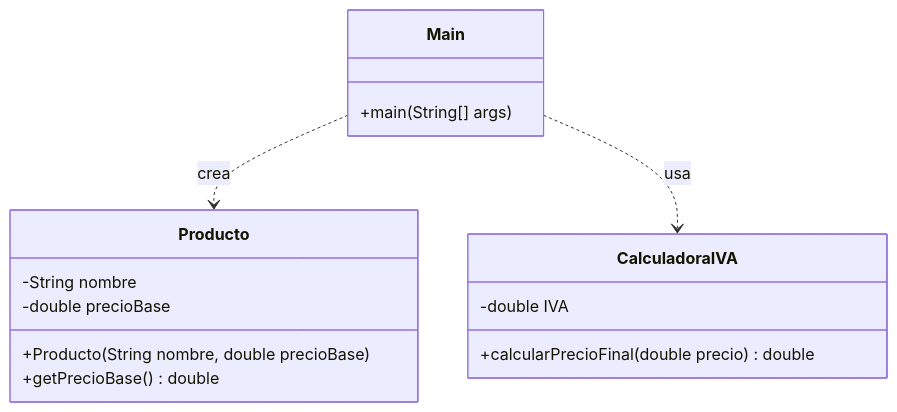
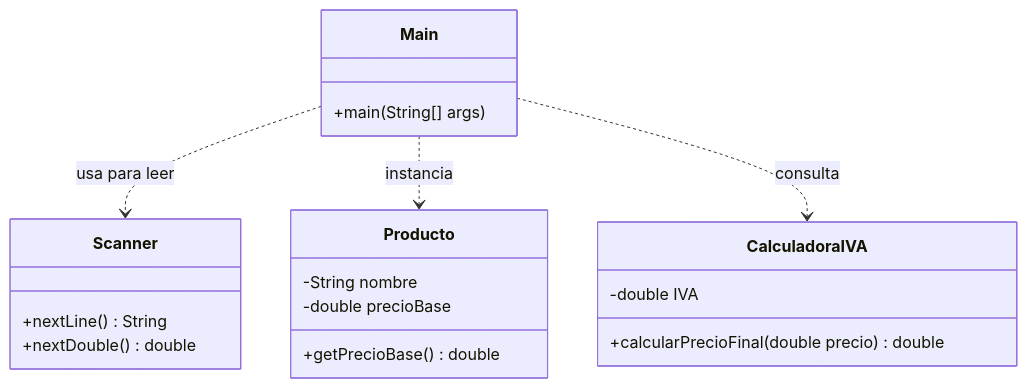
One commit to Rodrigodmp19/Calculadora_documentado changed the second of 2 diagrams in README.md. Above: the diagram before and after it, drawn with Mermaid.

Commit message:
Update Mermaid diagram in README.md

````diff
--- a/README.md
+++ b/README.md
@@ -178,21 +178,26 @@
 ```mermaid
 classDiagram
+    class Scanner {
+        +nextLine() String
+        +nextDouble() double
+    }
+
     class Producto {
         -String nombre
         -double precioBase
-        +Producto(String nombre, double precioBase)
         +getPrecioBase() double
     }
 
     class CalculadoraIVA {
         -double IVA
         +calcularPrecioFinal(double precio) double
     }
 
     class Main {
         +main(String[] args)
     }
 
-    Main ..> Producto : crea
-    Main ..> CalculadoraIVA : usa
+    Main ..> Scanner : usa para leer
+    Main ..> Producto : instancia
+    Main ..> CalculadoraIVA : consulta
 ```
````
